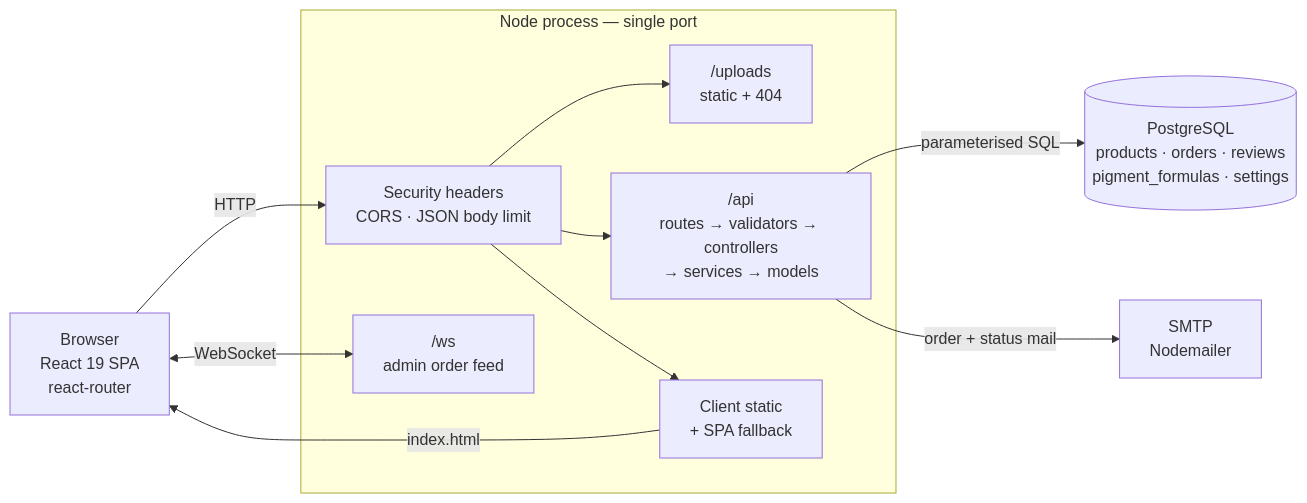
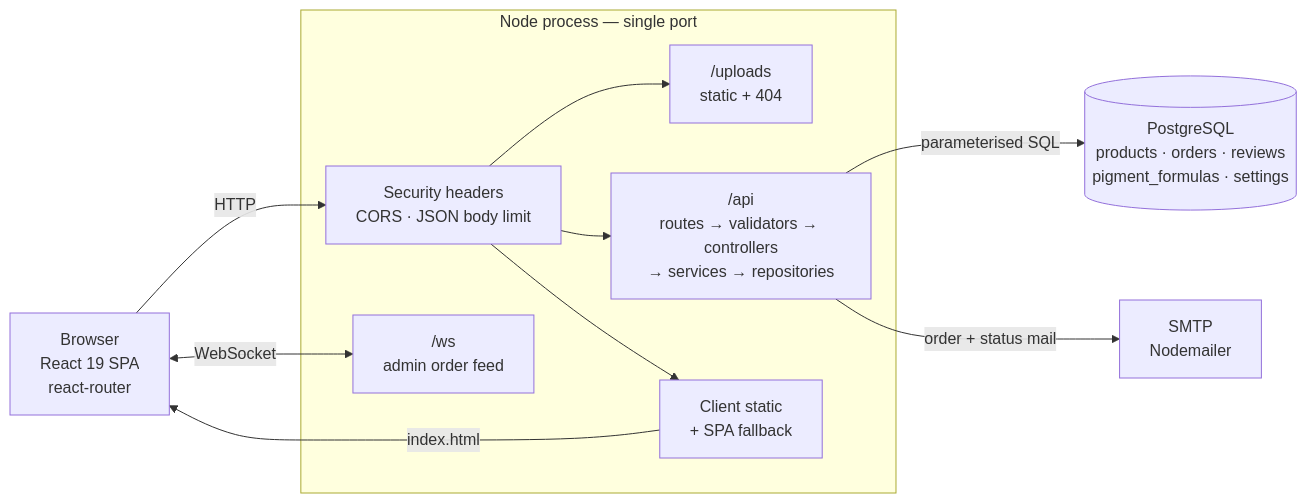
One commit to idand2459-dot/tamburia-store changed the diagram in README.md. Above: the diagram before and after it, drawn with Mermaid. The commit also changed other lines of this file and 81 other files, not shown here.

````diff
--- a/README.md
+++ b/README.md
@@ -116,24 +116,24 @@
 ```mermaid
 flowchart LR
     B["Browser<br/>React 19 SPA<br/>react-router"]
 
     subgraph S["Node process — single port"]
         H["Security headers<br/>CORS · JSON body limit"]
         U["/uploads<br/>static + 404"]
-        A["/api<br/>routes → validators → controllers<br/>→ services → models"]
+        A["/api<br/>routes → validators → controllers<br/>→ services → repositories"]
         W["/ws<br/>admin order feed"]
         C["Client static<br/>+ SPA fallback"]
     end
 
     DB[("PostgreSQL<br/>products · orders · reviews<br/>pigment_formulas · settings")]
     M["SMTP<br/>Nodemailer"]
 
     B -->|"HTTP"| H
     H --> U
     H --> A
     H --> C
     B <-->|"WebSocket"| W
     A -->|"parameterised SQL"| DB
     A -->|"order + status mail"| M
     C -->|"index.html"| B
 ```
````
